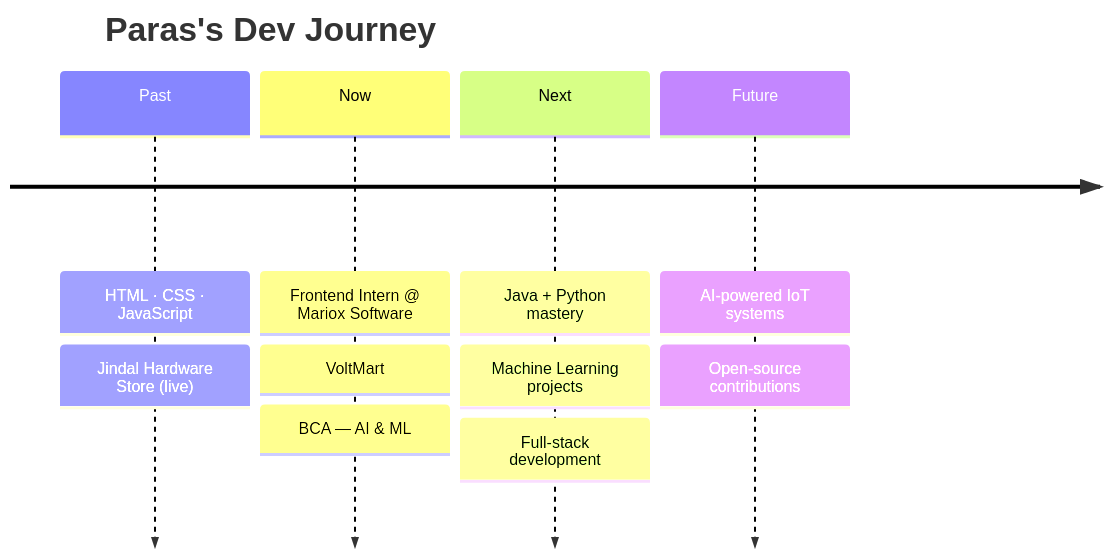
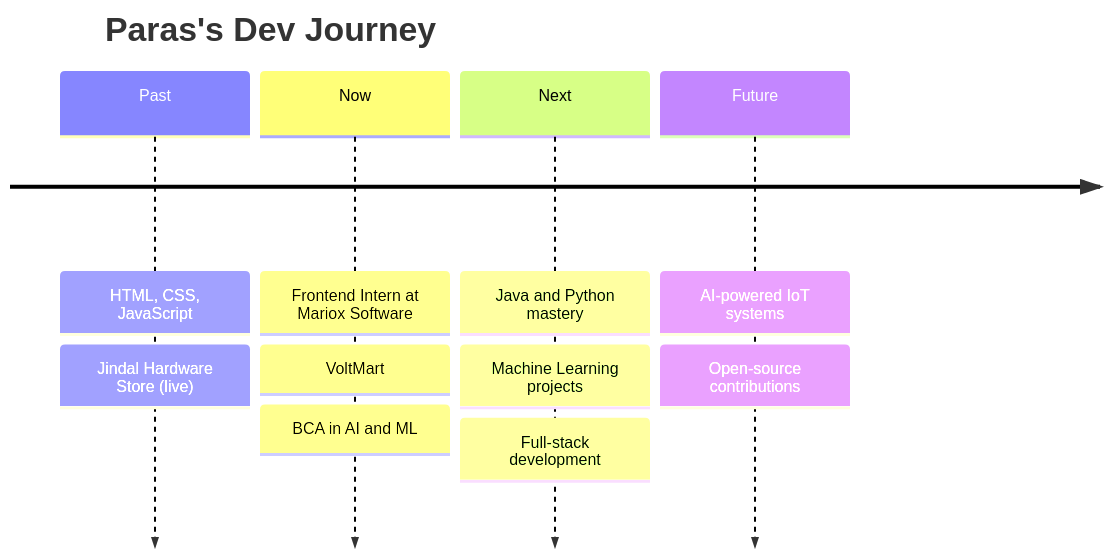
The diagram in README.md (parasjindal921-sketch/parasjindal921-sketch), drawn with Mermaid before and after one commit. The commit also changed other lines of this file, not shown here.

````diff
--- a/README.md
+++ b/README.md
@@ -166,14 +134,14 @@
 ```mermaid
 timeline
     title Paras's Dev Journey
-    Past    : HTML · CSS · JavaScript
-            : Jindal Hardware Store (live)
-    Now     : Frontend Intern @ Mariox Software
-            : VoltMart
-            : BCA — AI & ML
-    Next    : Java + Python mastery
-            : Machine Learning projects
-            : Full-stack development
-    Future  : AI-powered IoT systems
-            : Open-source contributions
+    Past : HTML, CSS, JavaScript
+         : Jindal Hardware Store (live)
+    Now : Frontend Intern at Mariox Software
+        : VoltMart
+        : BCA in AI and ML
+    Next : Java and Python mastery
+         : Machine Learning projects
+         : Full-stack development
+    Future : AI-powered IoT systems
+           : Open-source contributions
 ```
````
